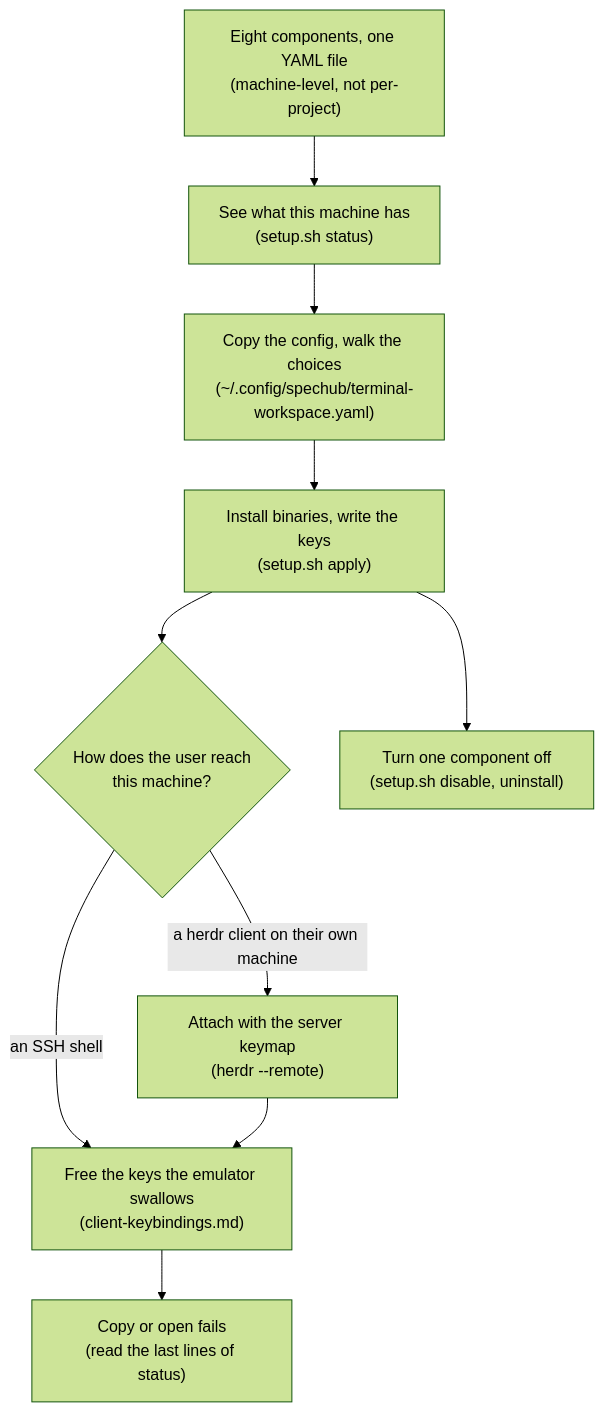
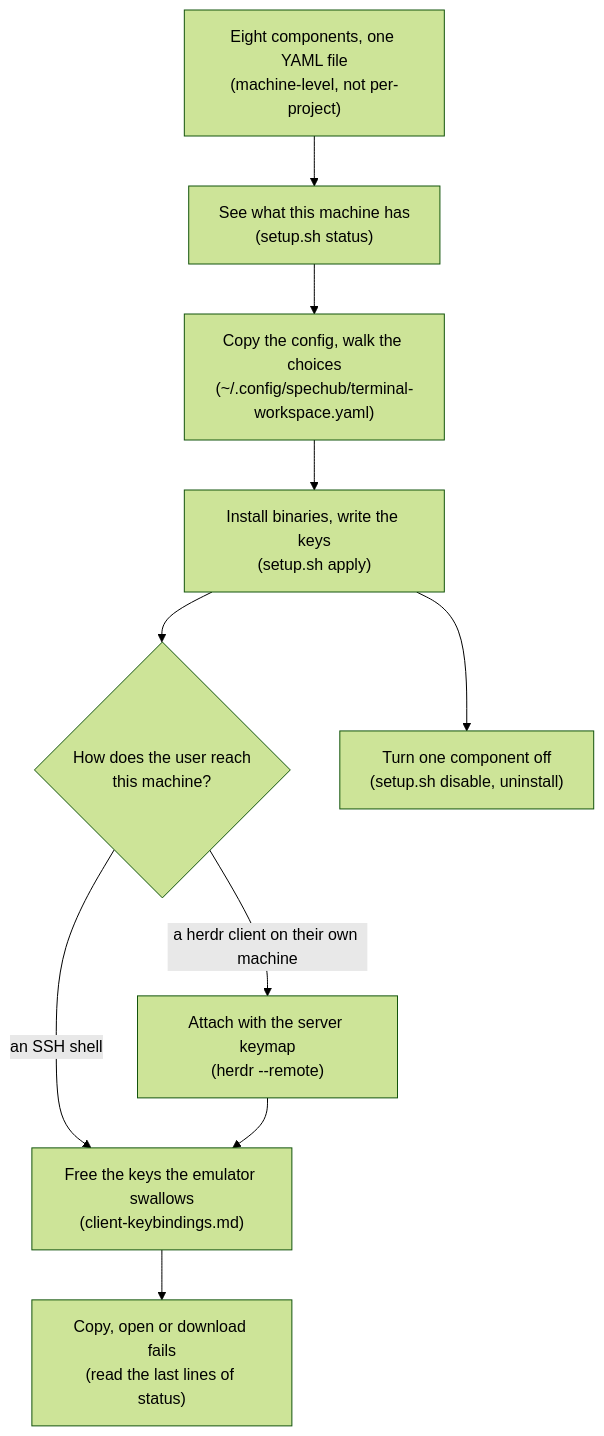
The diagram in skills/terminal-workspace/SKILL.md (ac8318740/spechub), drawn with Mermaid (forest theme) before and after one commit. The commit also changed other lines of this file and 4 other files, not shown here.

````diff
--- a/skills/terminal-workspace/SKILL.md
+++ b/skills/terminal-workspace/SKILL.md
@@ -26,12 +26,12 @@
 ```mermaid
 flowchart TD
     IN["Eight components, one YAML file<br/>(machine-level, not per-project)"] --> ST["See what this machine has<br/>(setup.sh status)"]
     ST --> CF["Copy the config, walk the choices<br/>(~/.config/spechub/terminal-workspace.yaml)"]
     CF --> AP["Install binaries, write the keys<br/>(setup.sh apply)"]
     AP --> Q{"How does the user reach<br/>this machine?"}
     Q -->|"an SSH shell"| KB["Free the keys the emulator swallows<br/>(client-keybindings.md)"]
     Q -->|"a herdr client on their own machine"| RM["Attach with the server keymap<br/>(herdr --remote)"]
     RM --> KB
-    KB --> FB["Copy or open fails<br/>(read the last lines of status)"]
+    KB --> FB["Copy, open or download fails<br/>(read the last lines of status)"]
     AP --> OFF["Turn one component off<br/>(setup.sh disable, uninstall)"]
 ```
````
